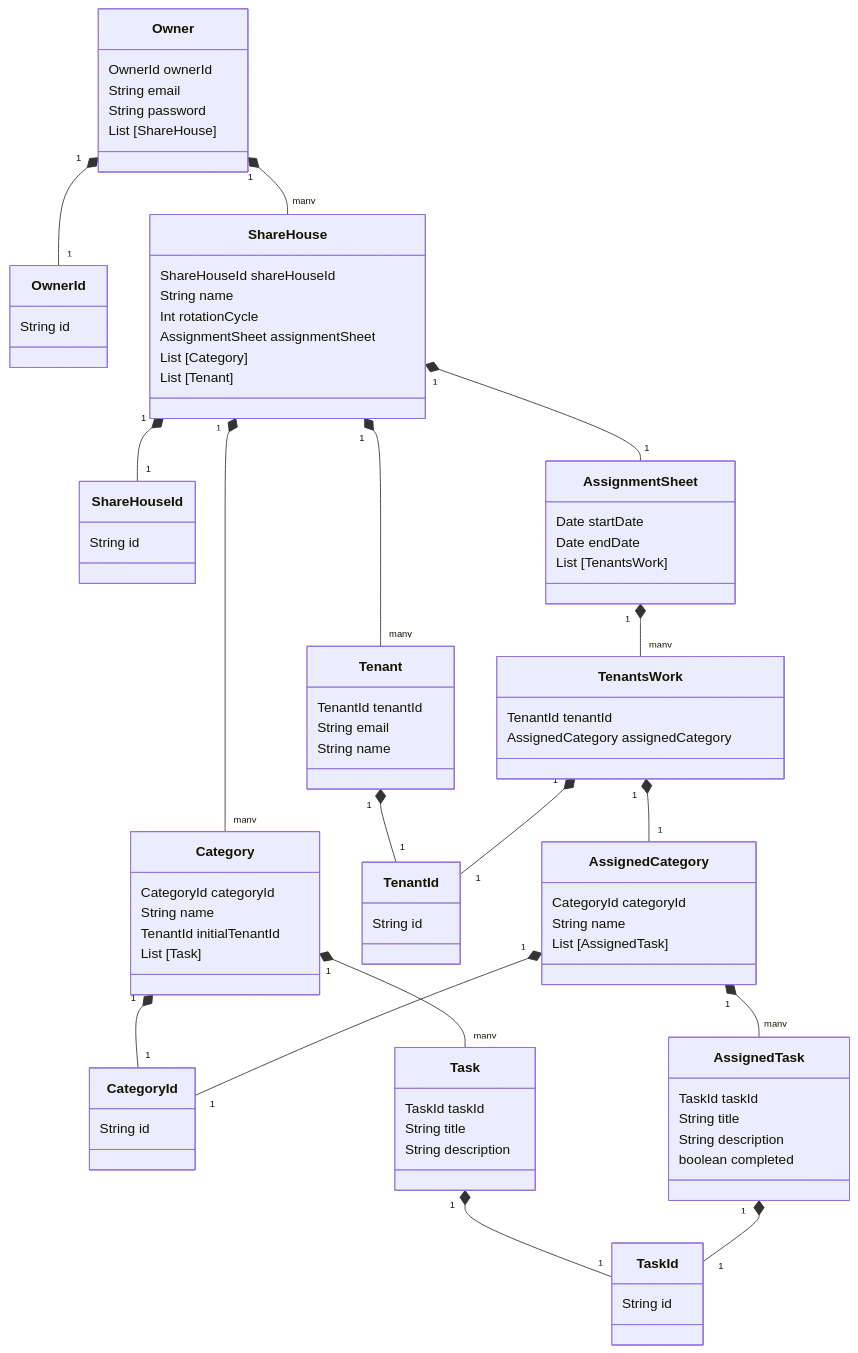
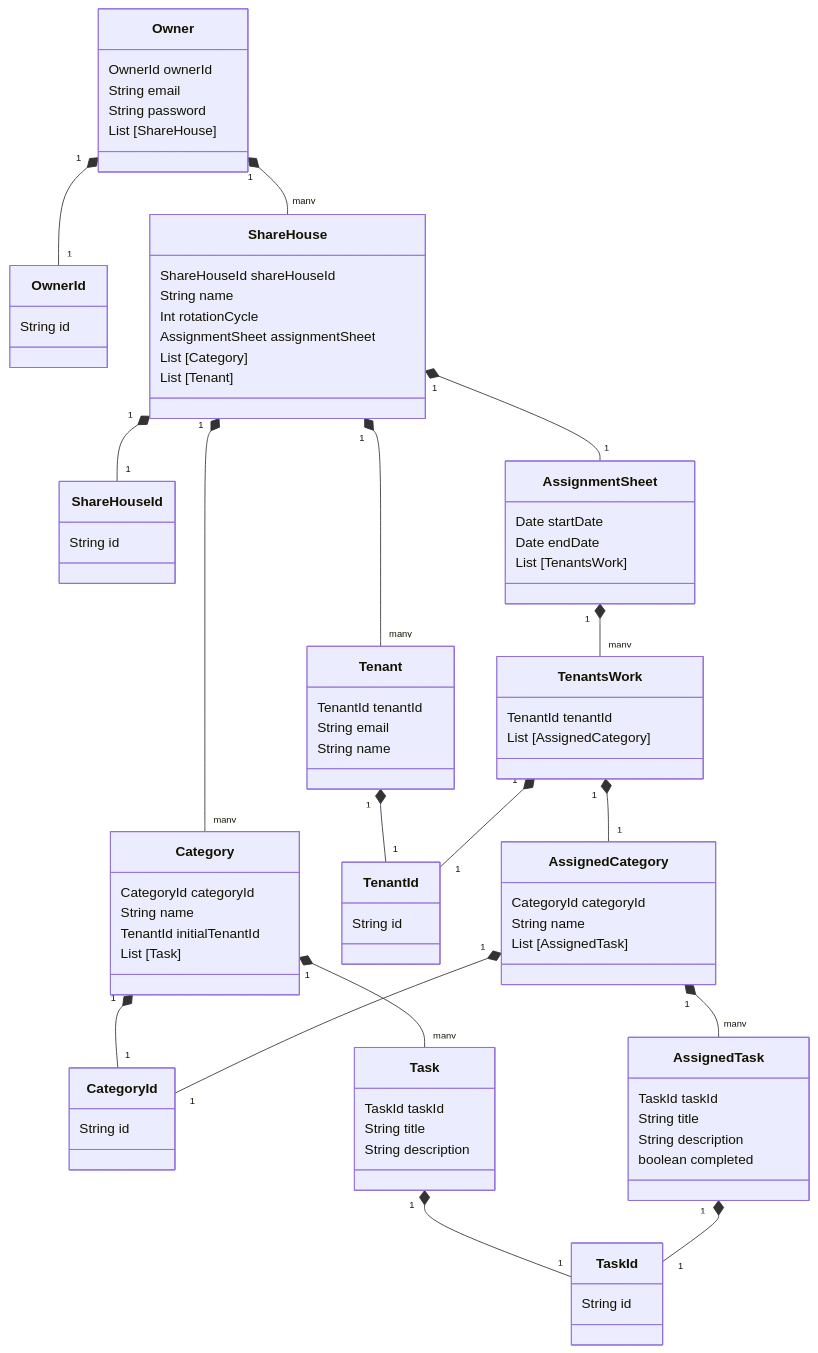
One commit to Tascurator/tascurator-documents changed the diagram in docs/docs/modeling.md. Above: the diagram before and after it, drawn with Mermaid. The commit also changed other lines of this file, not shown here.

```diff
--- a/docs/docs/modeling.md
+++ b/docs/docs/modeling.md
@@ -65,7 +65,7 @@
 
     class TenantsWork {
         TenantId tenantId
-        AssignedCategory assignedCategory
+        List [AssignedCategory]
     }
 
     class AssignedCategory {
```
